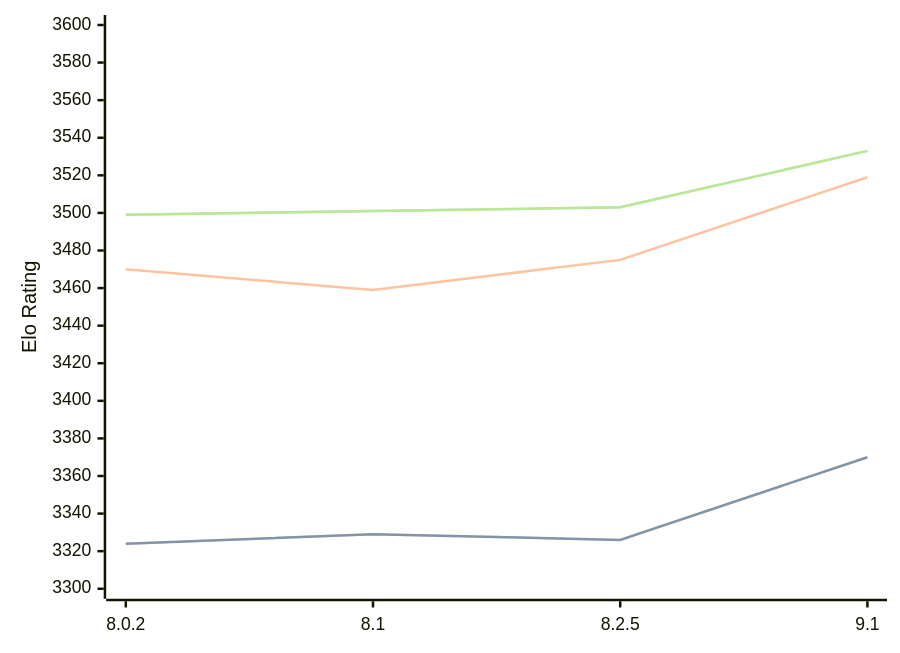
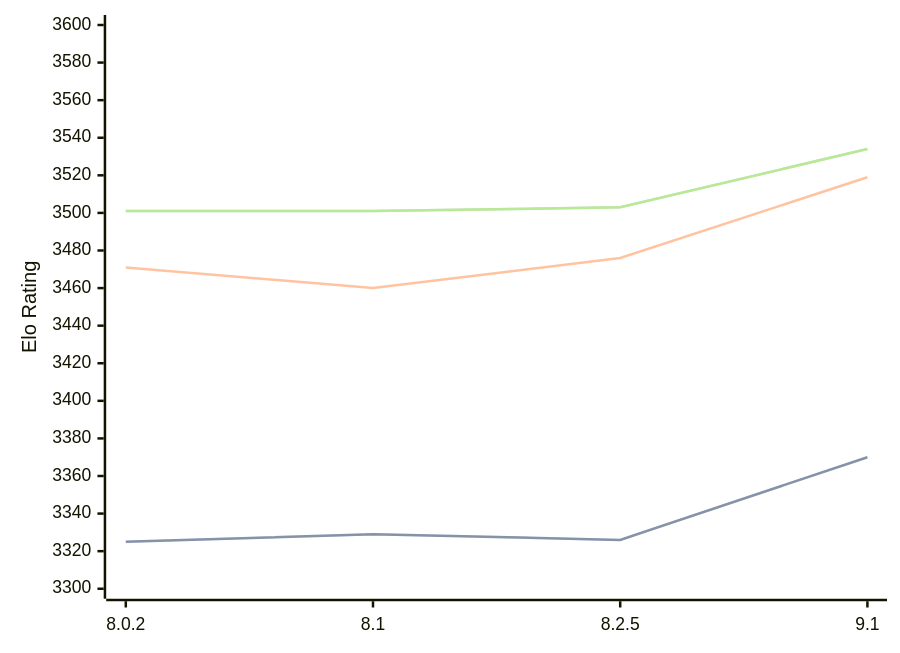
The diagram in engines/Clover.md (computer-chess-index/cci), drawn with Mermaid before and after one commit. The commit also changed other lines of this file, not shown here.

Commit message:
Update CCI Ratings (ELO VLTC) - 2026-05-22

````diff
--- a/engines/Clover.md
+++ b/engines/Clover.md
@@ -64,11 +64,11 @@
 ```mermaid
 %%{init: {"theme":"base","themeVariables":{"seriesColors:['#a3a3a3','#222221','#faa371']}}}%%
 xychart-beta
   x-axis ["8.0.2", "8.1", "8.2.5", "9.1"]
   y-axis "Elo Rating" 3300 --> 3600
-  line "STC (8.0+0.08s)" [3324, 3329, 3326, 3370]
-  line "STC (8.0+0.08s)" [3324, 3329, 3326, 3370]
-  line "LTC (60.0+0.60s)" [3470, 3459, 3475, 3519]
-  line "VLTC (2m24s+1.12s)" [3499, 3501, 3503, 3533]
-  line "VLTC (2m24s+1.12s)" [3499, 3501, 3503, 3533]
+  line "STC (8.0+0.08s)" [3325, 3329, 3326, 3370]
+  line "STC (8.0+0.08s)" [3325, 3329, 3326, 3370]
+  line "LTC (60.0+0.60s)" [3471, 3460, 3476, 3519]
+  line "VLTC (2m24s+1.12s)" [3501, 3501, 3503, 3534]
+  line "VLTC (2m24s+1.12s)" [3501, 3501, 3503, 3534]
 ```
````
